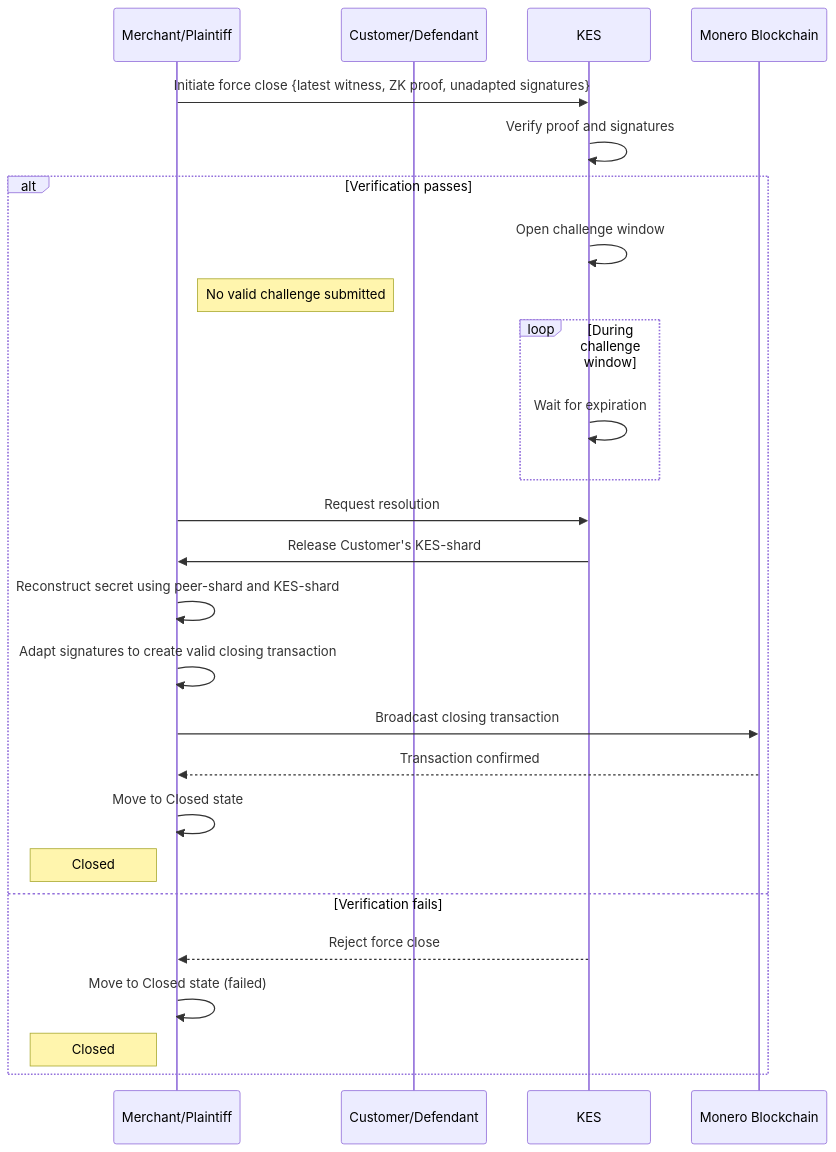
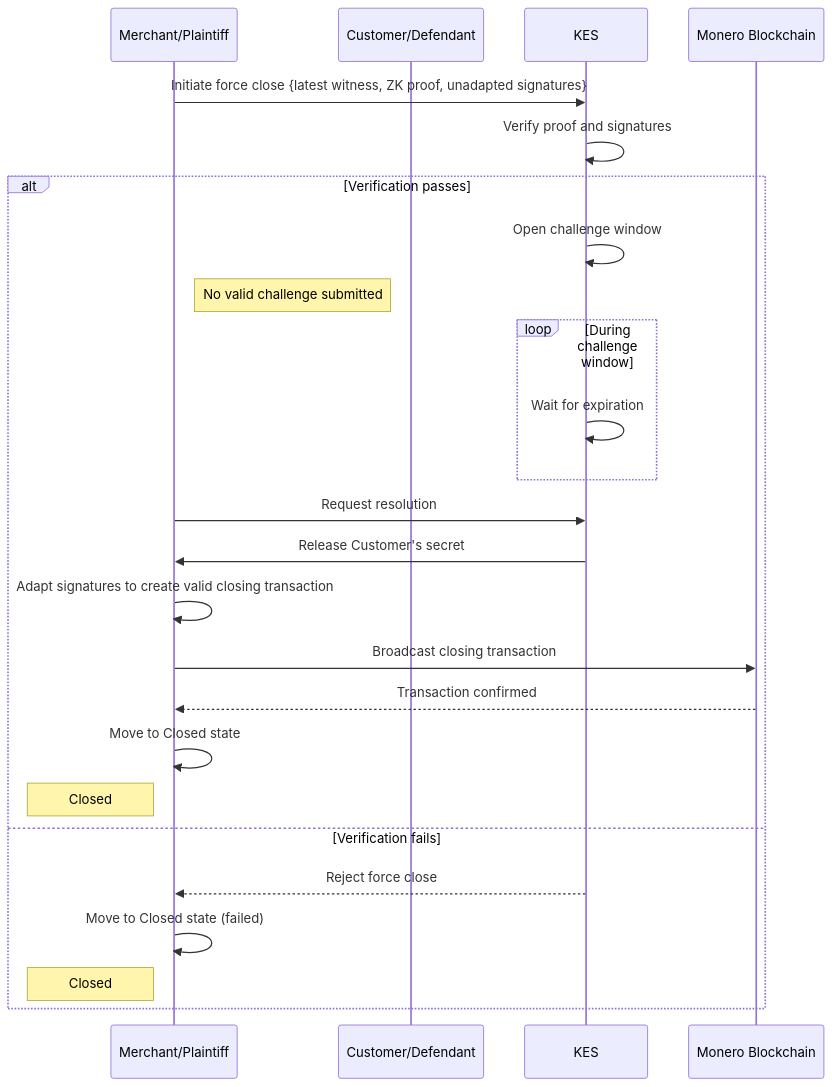
Before and after one commit to grease-xmr/grease: the diagram in docs/diagrams/channel_dispute_sequence.md, drawn with Mermaid. The commit also changed 17 other files, not shown here.

````diff
--- a/docs/diagrams/channel_dispute_sequence.md
+++ b/docs/diagrams/channel_dispute_sequence.md
@@ -1,28 +1,27 @@
 ```mermaid
 sequenceDiagram
     participant Merchant as Merchant/Plaintiff
     participant Customer as Customer/Defendant
     participant KES
     participant Monero as Monero Blockchain
     Merchant->>KES: Initiate force close {latest witness, ZK proof, unadapted signatures}
     KES->>KES: Verify proof and signatures
     alt Verification passes
         KES->>KES: Open challenge window
         note left of Customer: No valid challenge submitted
         loop During challenge window
             KES->>KES: Wait for expiration
         end
         Merchant->>KES: Request resolution
-        KES->>Merchant: Release Customer's KES-shard
-        Merchant->>Merchant: Reconstruct secret using peer-shard and KES-shard
+        KES->>Merchant: Release Customer's secret
         Merchant->>Merchant: Adapt signatures to create valid closing transaction
         Merchant->>Monero: Broadcast closing transaction
         Monero-->>Merchant: Transaction confirmed
         Merchant->>Merchant: Move to Closed state
         note left of Merchant: Closed
     else Verification fails
         KES-->>Merchant: Reject force close
         Merchant->>Merchant: Move to Closed state (failed)
         note left of Merchant: Closed
     end
 ```
````
